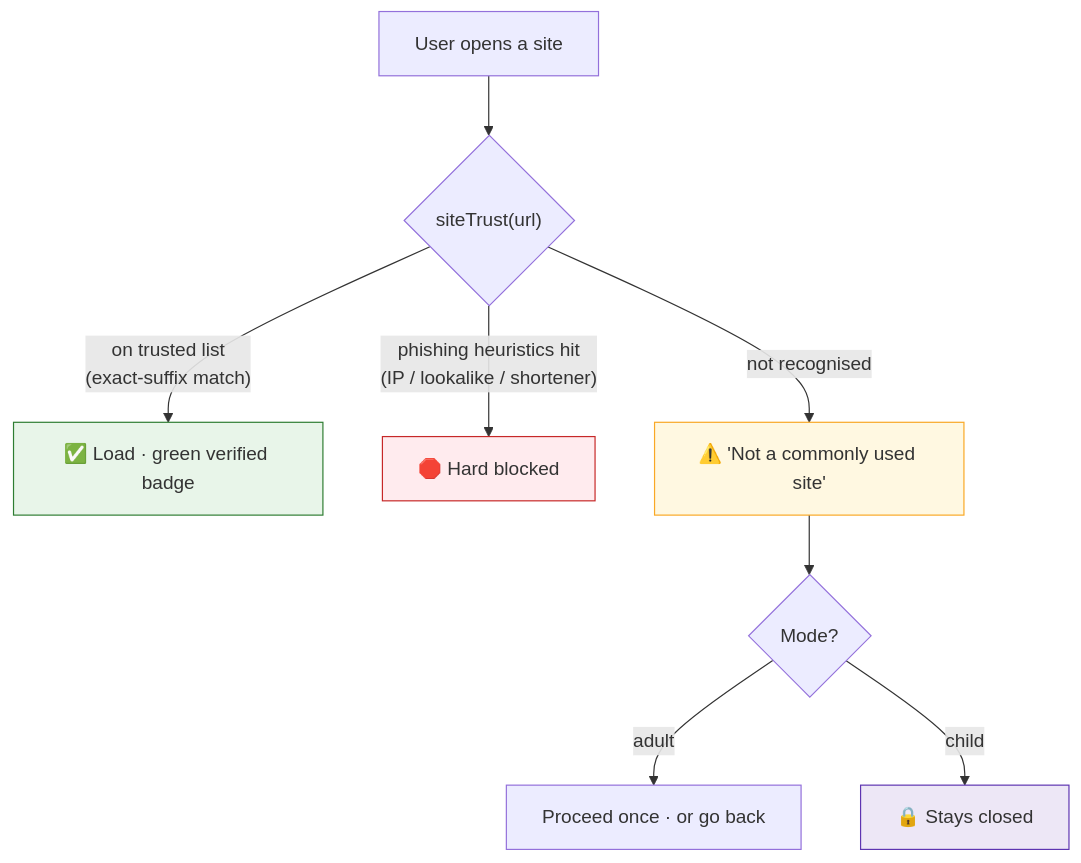
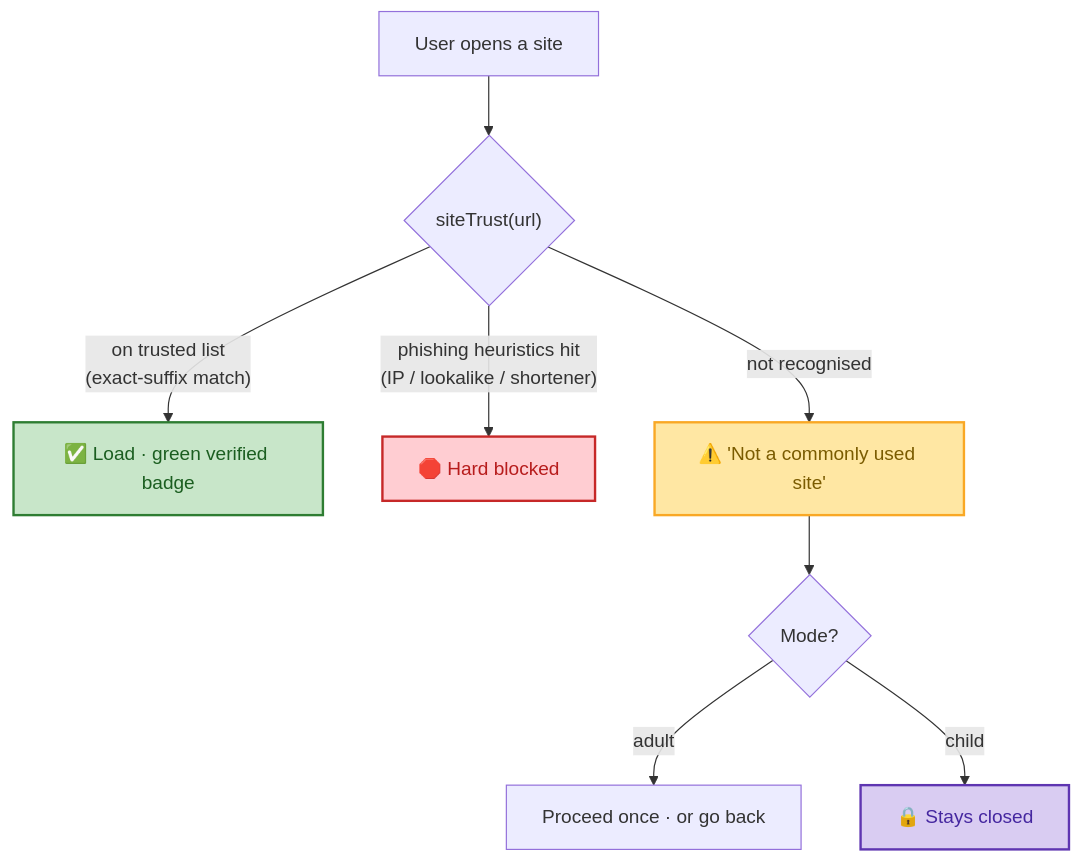
The fourth of 6 diagrams in README.md (Anbu-00001/ContextLens), drawn with Mermaid before and after one commit. The commit also changed other lines of this file, not shown here.

Commit message:
docs: refine mermaid diagram styling and contrast in README

````diff
--- a/README.md
+++ b/README.md
@@ -134,15 +134,15 @@
 ```mermaid
 flowchart TD
     U["User opens a site"] --> S{"siteTrust(url)"}
     S -->|"on trusted list<br/>(exact-suffix match)"| T["✅ Load · green verified badge"]
     S -->|"phishing heuristics hit<br/>(IP / lookalike / shortener)"| B["🛑 Hard blocked"]
     S -->|"not recognised"| W["⚠️ 'Not a commonly used site'"]
     W --> M{"Mode?"}
     M -->|adult| P["Proceed once · or go back"]
     M -->|child| K["🔒 Stays closed"]
 
-    style T fill:#e8f5e9,stroke:#2e7d32
-    style B fill:#ffebee,stroke:#c62828
-    style W fill:#fff8e1,stroke:#f9a825
-    style K fill:#ede7f6,stroke:#5e35b1
+    style T fill:#c8e6c9,stroke:#2e7d32,stroke-width:2px,color:#1b5e20
+    style B fill:#ffcdd2,stroke:#c62828,stroke-width:2px,color:#b71c1c
+    style W fill:#ffe7a3,stroke:#f9a825,stroke-width:2px,color:#7a5b00
+    style K fill:#d9ccf2,stroke:#5e35b1,stroke-width:2px,color:#4527a0
 ```
````
